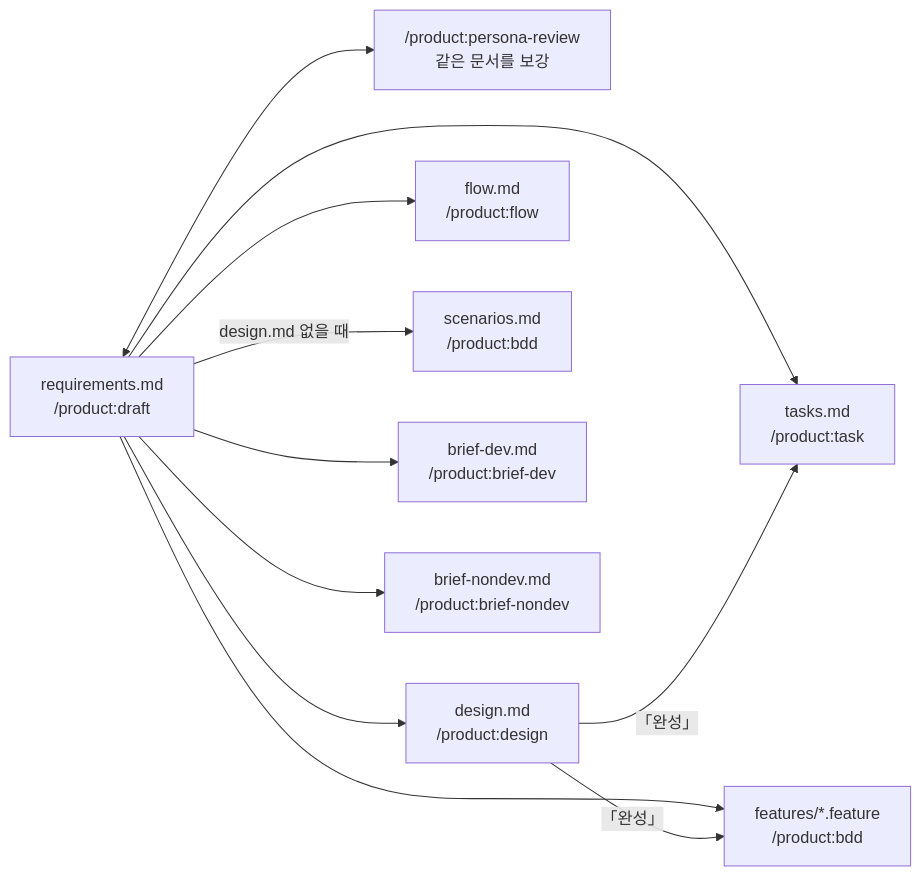
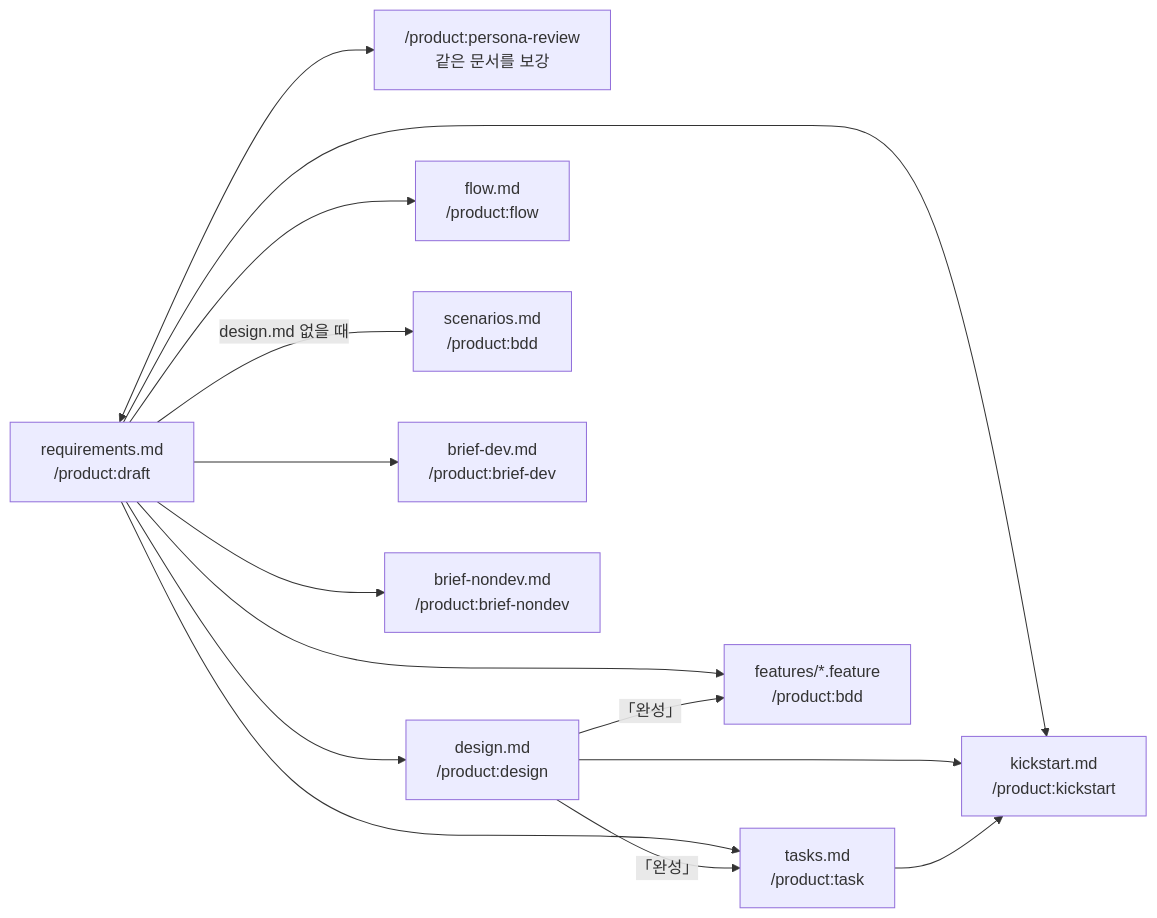
One commit to dorage/product-skills changed the diagram in plugins/product/OUTPUT.md. Above: the diagram before and after it, drawn with Mermaid. The commit also changed other lines of this file and 6 other files, not shown here.

First line of the commit message:
feat(product):구현 착수를 새 세션에 넘기려고 kickstart 스킬 추가

````diff
--- a/plugins/product/OUTPUT.md
+++ b/plugins/product/OUTPUT.md
@@ -28,22 +29,26 @@
 ```mermaid
 flowchart LR
     req["requirements.md<br/>/product:draft"]
     rev["/product:persona-review<br/>같은 문서를 보강"]
     des["design.md<br/>/product:design"]
     flw["flow.md<br/>/product:flow"]
     tsk["tasks.md<br/>/product:task"]
     fea["features/*.feature<br/>/product:bdd"]
     scn["scenarios.md<br/>/product:bdd"]
     bdev["brief-dev.md<br/>/product:brief-dev"]
     bnon["brief-nondev.md<br/>/product:brief-nondev"]
     req <--> rev
     req --> des
     req --> flw
     req --> tsk
     req --> fea
     req -- design.md 없을 때 --> scn
     req --> bdev
     req --> bnon
     des -- 「완성」 --> tsk
     des -- 「완성」 --> fea
+    kck["kickstart.md<br/>/product:kickstart"]
+    req --> kck
+    des --> kck
+    tsk --> kck
 ```
````
